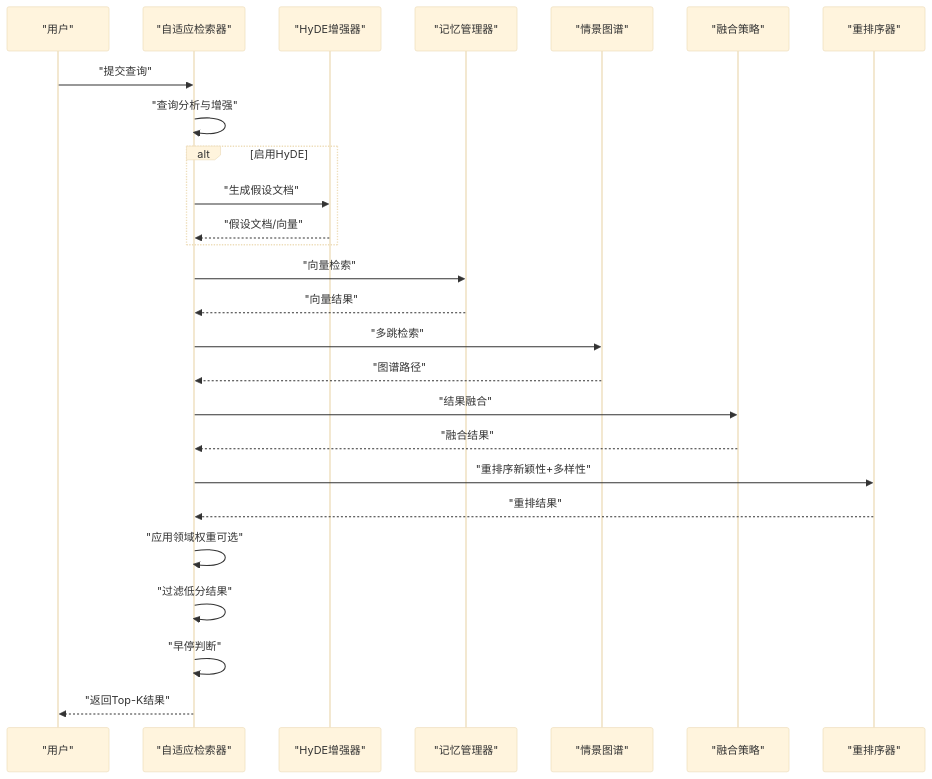
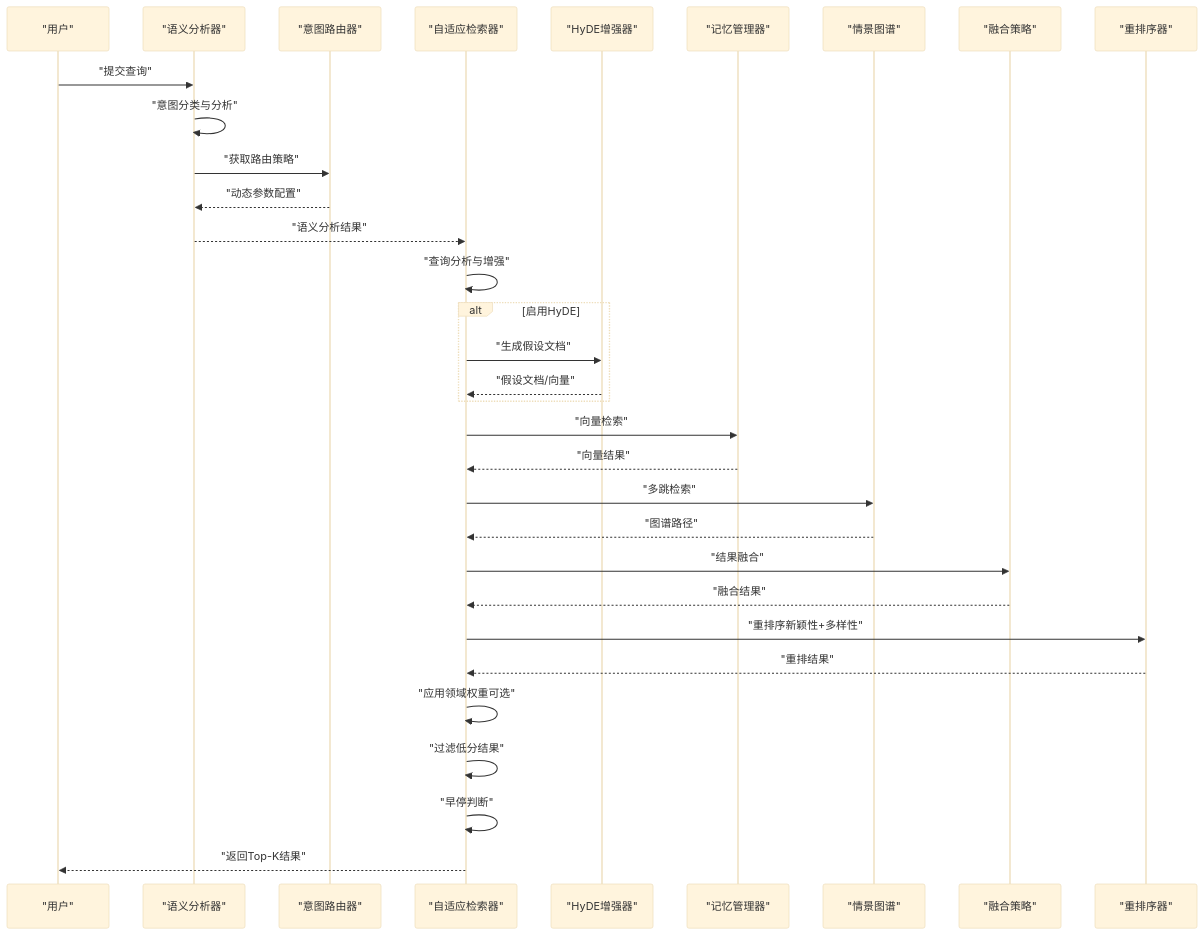
The second of 12 diagrams in .qoder/repowiki/zh/content/智能检索系统/智能检索系统.md (JieGaoPrinceton/NecoRAG), drawn with Mermaid (base theme) before and after one commit. The commit also changed other lines of this file and 15 other files, not shown here.

````diff
--- a/.qoder/repowiki/zh/content/智能检索系统/智能检索系统.md
+++ b/.qoder/repowiki/zh/content/智能检索系统/智能检索系统.md
@@ -106,28 +138,34 @@
 ```mermaid
 sequenceDiagram
 participant U as "用户"
+participant SA as "语义分析器"
+participant IR as "意图路由器"
 participant AR as "自适应检索器"
 participant HY as "HyDE增强器"
 participant MM as "记忆管理器"
 participant EG as "情景图谱"
 participant FS as "融合策略"
 participant RR as "重排序器"
-U->>AR : "提交查询"
+U->>SA : "提交查询"
+SA->>SA : "意图分类与分析"
+SA->>IR : "获取路由策略"
+IR-->>SA : "动态参数配置"
+SA-->>AR : "语义分析结果"
 AR->>AR : "查询分析与增强"
 alt 启用HyDE
 AR->>HY : "生成假设文档"
 HY-->>AR : "假设文档/向量"
 end
 AR->>MM : "向量检索"
 MM-->>AR : "向量结果"
 AR->>EG : "多跳检索"
 EG-->>AR : "图谱路径"
 AR->>FS : "结果融合"
 FS-->>AR : "融合结果"
 AR->>RR : "重排序新颖性+多样性"
 RR-->>AR : "重排结果"
 AR->>AR : "应用领域权重可选"
 AR->>AR : "过滤低分结果"
 AR->>AR : "早停判断"
 AR-->>U : "返回Top-K结果"
 ```
````
